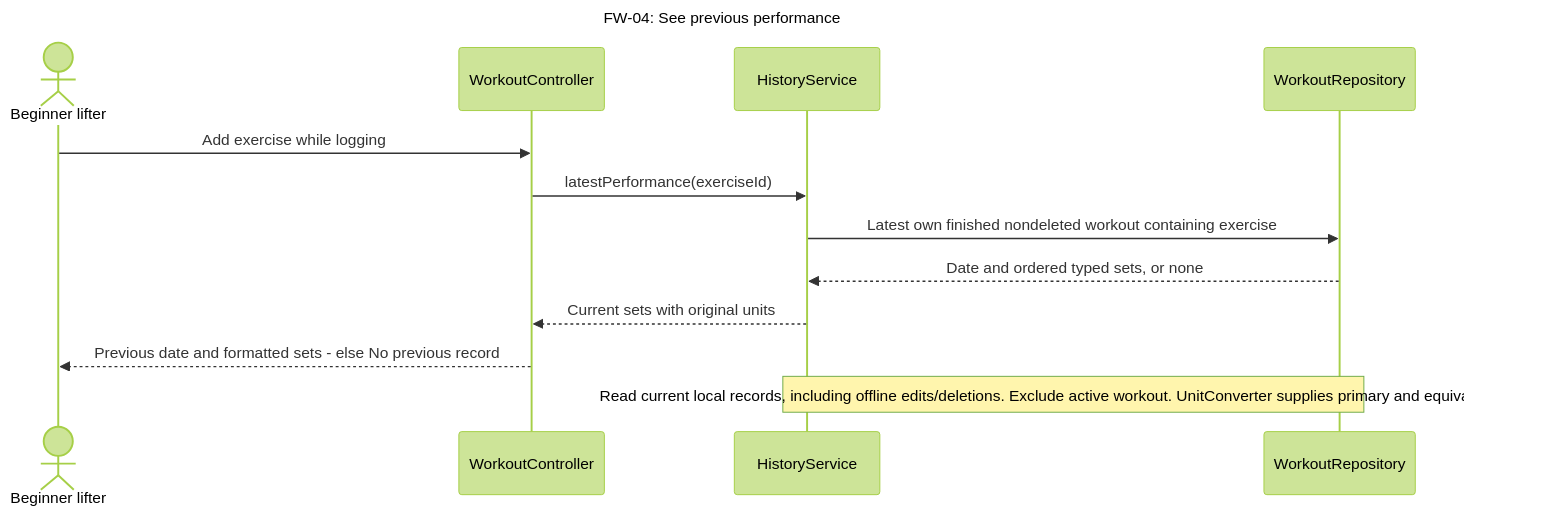
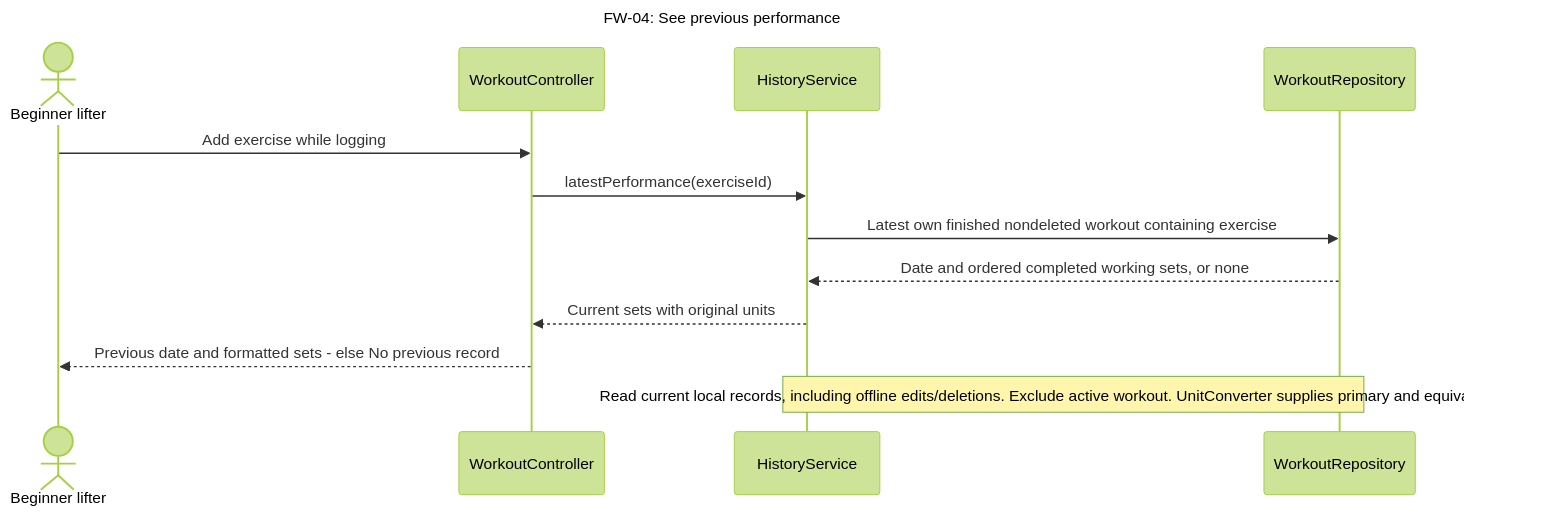
One commit to SebasLopez2005/SWEProject1 changed diagram 16 of 50 in docs/part2/design/README.md. Above: the diagram before and after it, drawn with Mermaid (forest theme). The commit also changed other lines of this file and 47 other files, not shown here.

````diff
--- a/docs/part2/design/README.md
+++ b/docs/part2/design/README.md
@@ -1055,15 +1371,15 @@
 ```mermaid
 sequenceDiagram
     title FW-04: See previous performance
     actor U as Beginner lifter
     participant C as WorkoutController
     participant S as HistoryService
     participant R as WorkoutRepository
     U->>C: Add exercise while logging
     C->>S: latestPerformance(exerciseId)
     S->>R: Latest own finished nondeleted workout containing exercise
-    R-->>S: Date and ordered typed sets, or none
+    R-->>S: Date and ordered completed working sets, or none
     S-->>C: Current sets with original units
     C-->>U: Previous date and formatted sets -  else No previous record
     Note over S,R: Read current local records, including offline edits/deletions. Exclude active workout. UnitConverter supplies primary and equivalent values.
 ```
````
